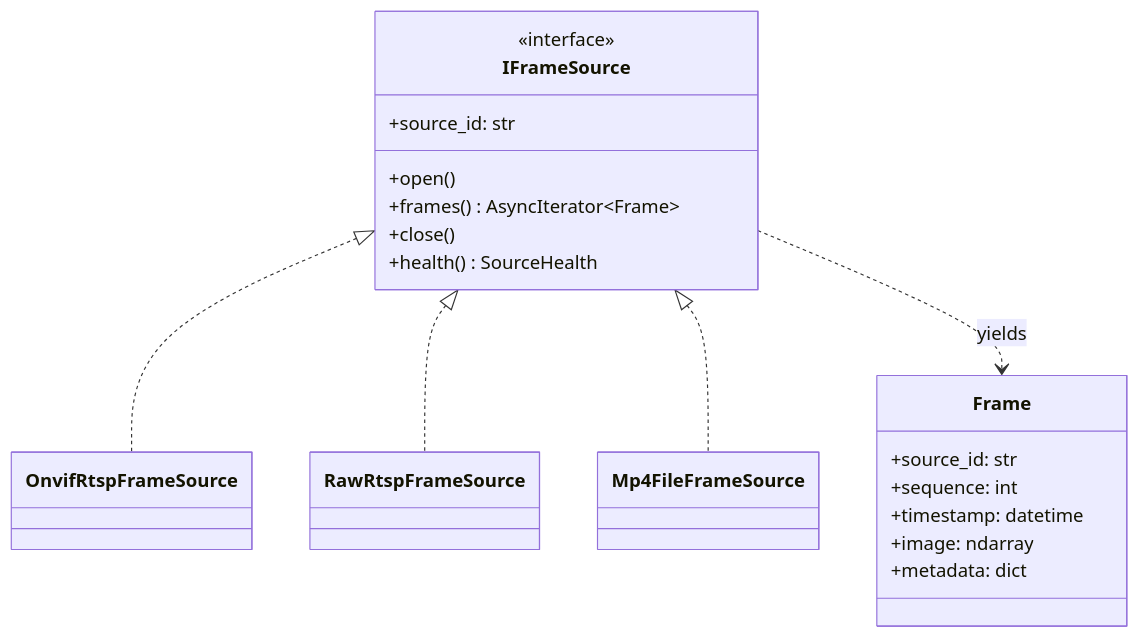
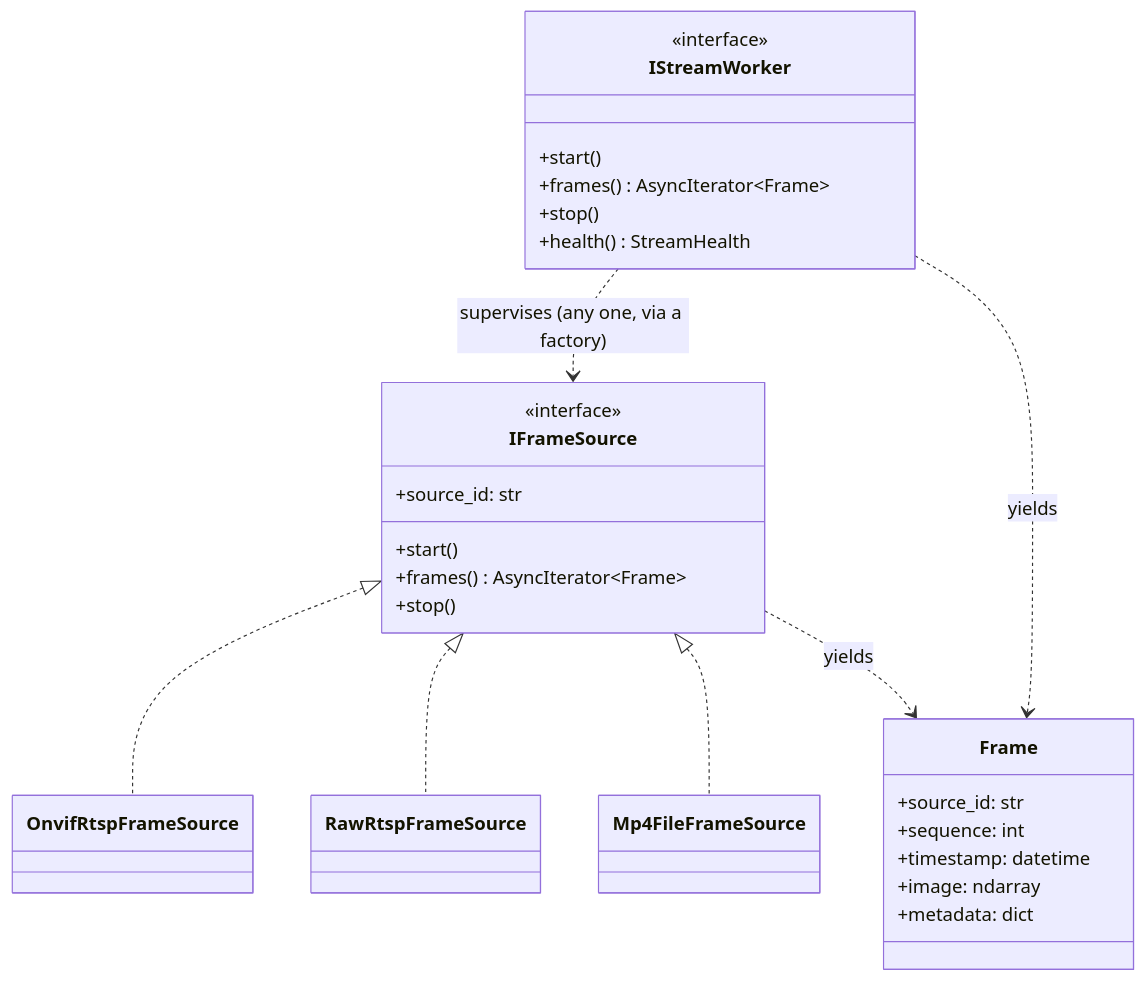
Before and after one commit to mohiuddin571/vigilAI: the third of 6 diagrams in docs/ARCHITECTURE.md, drawn with Mermaid. The commit also changed other lines of this file and 34 other files, not shown here.

First line of the commit message:
Implement frame source abstraction with reconnect/backoff (T-020, T-021, T-022, T-023, T-024, T-025)

````diff
--- a/docs/ARCHITECTURE.md
+++ b/docs/ARCHITECTURE.md
@@ -139,26 +139,34 @@
 ```mermaid
 classDiagram
     class IFrameSource {
         <<interface>>
         +source_id: str
-        +open() 
+        +start()
         +frames() AsyncIterator~Frame~
-        +close()
-        +health() SourceHealth
+        +stop()
     }
     class Frame {
         +source_id: str
         +sequence: int
         +timestamp: datetime
         +image: ndarray
         +metadata: dict
     }
     class OnvifRtspFrameSource
     class RawRtspFrameSource
     class Mp4FileFrameSource
+    class IStreamWorker {
+        <<interface>>
+        +start()
+        +frames() AsyncIterator~Frame~
+        +stop()
+        +health() StreamHealth
+    }
 
     IFrameSource <|.. OnvifRtspFrameSource
     IFrameSource <|.. RawRtspFrameSource
     IFrameSource <|.. Mp4FileFrameSource
     IFrameSource ..> Frame : yields
+    IStreamWorker ..> IFrameSource : supervises (any one, via a factory)
+    IStreamWorker ..> Frame : yields
 ```
````
